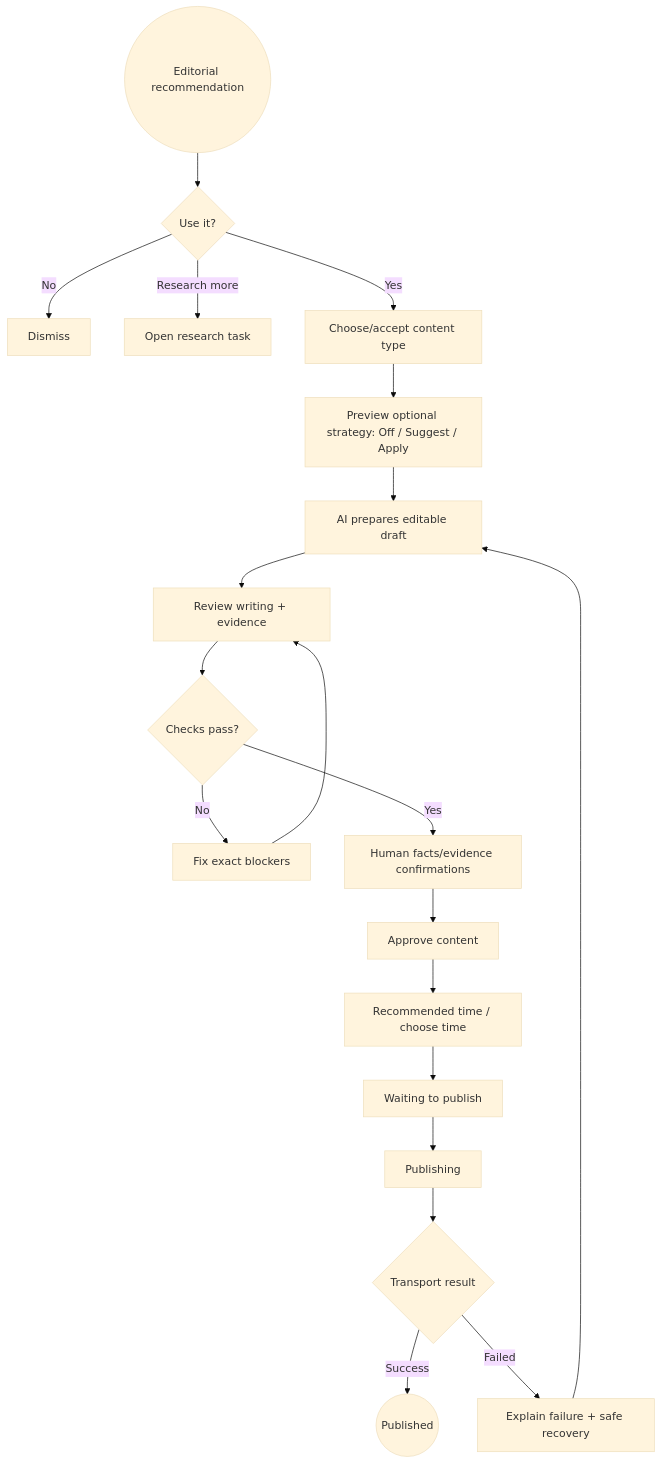
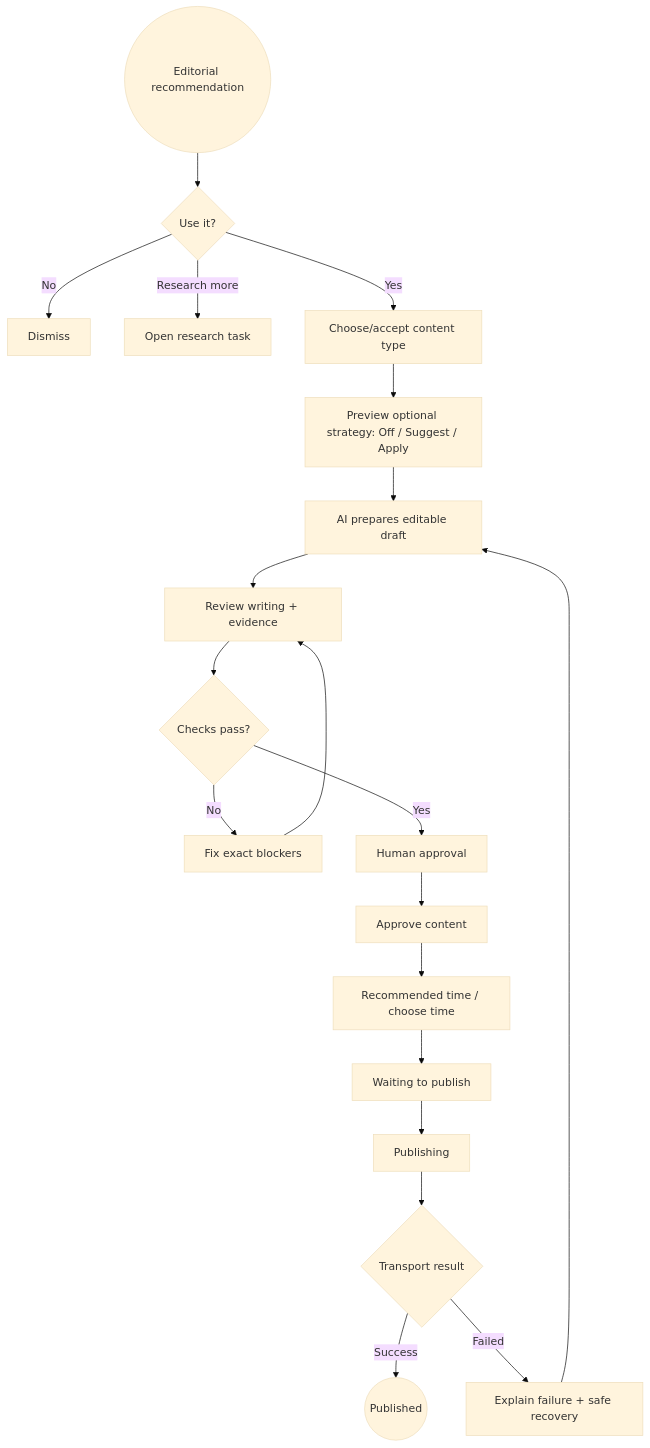
One commit to ham-zax/X-automation changed the second of 5 diagrams in docs/plans/UX_HCI_DEEP_RESEARCH_PROGRAM.md. Above: the diagram before and after it, drawn with Mermaid (base theme). The commit also changed other lines of this file and 46 other files, not shown here.

````diff
--- a/docs/plans/UX_HCI_DEEP_RESEARCH_PROGRAM.md
+++ b/docs/plans/UX_HCI_DEEP_RESEARCH_PROGRAM.md
@@ -445,22 +445,22 @@
 ```mermaid
 graph TD
     REC((Editorial recommendation)) --> SELECT{Use it?}
     SELECT -- No --> DISMISS[Dismiss]
     SELECT -- Research more --> RESEARCH[Open research task]
     SELECT -- Yes --> ROUTE[Choose/accept content type]
     ROUTE --> STRATEGY[Preview optional strategy: Off / Suggest / Apply]
     STRATEGY --> DRAFT[AI prepares editable draft]
     DRAFT --> CHECK[Review writing + evidence]
     CHECK --> READY{Checks pass?}
     READY -- No --> FIX[Fix exact blockers]
     FIX --> CHECK
-    READY -- Yes --> HUMAN[Human facts/evidence confirmations]
+    READY -- Yes --> HUMAN[Human approval]
     HUMAN --> APPROVE[Approve content]
     APPROVE --> TIME[Recommended time / choose time]
     TIME --> WAIT[Waiting to publish]
     WAIT --> PUBLISHING[Publishing]
     PUBLISHING --> RESULT{Transport result}
     RESULT -- Success --> PUBLISHED((Published))
     RESULT -- Failed --> FAIL[Explain failure + safe recovery]
     FAIL --> DRAFT
 ```
````
